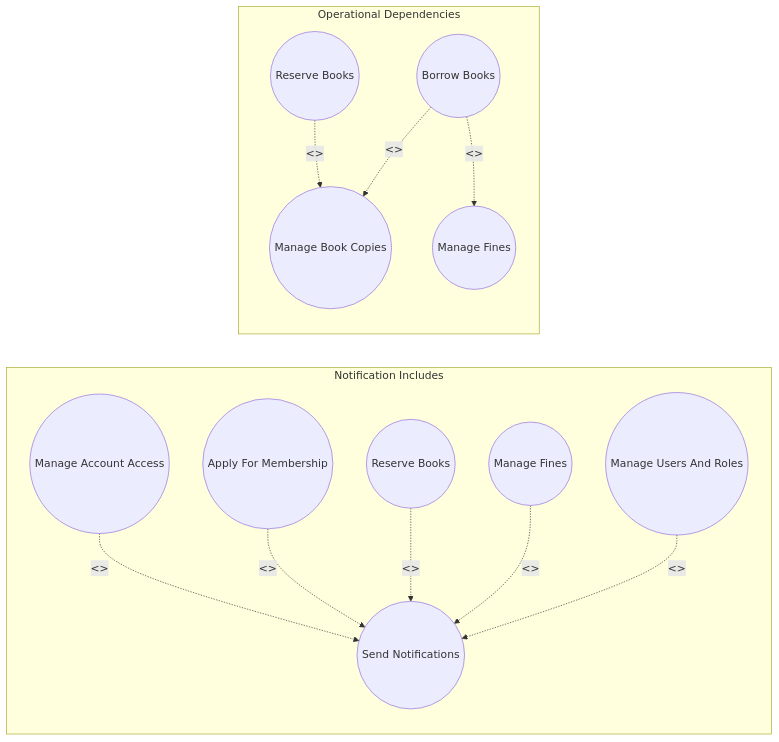
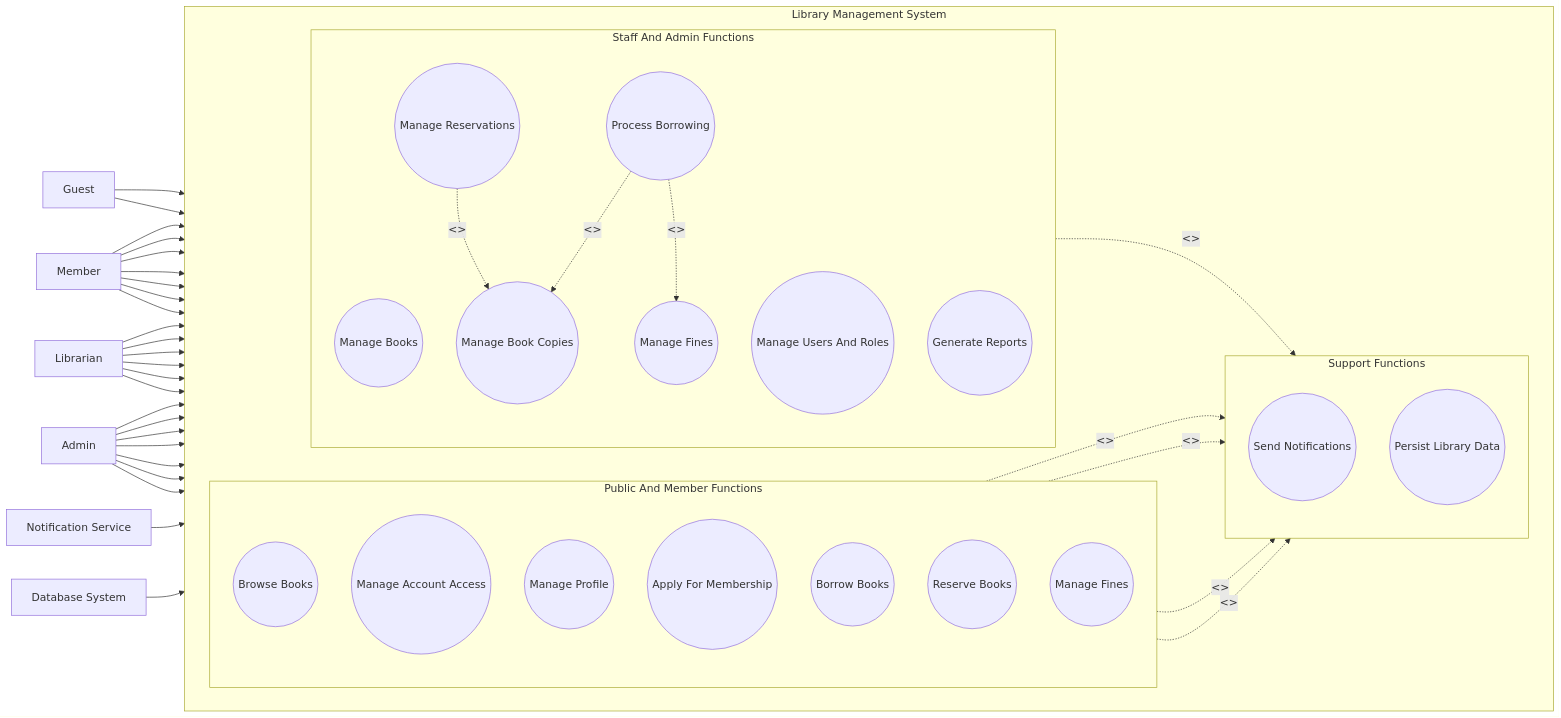
One commit to SWP391-LibraryManagement/LibraryManagement changed the diagram in document/RDS.md. Above: the diagram before and after it, drawn with Mermaid. The commit also changed other lines of this file, not shown here.

Commit message:
rds: Gộp 3 sơ đồ use case nhỏ thành 1 sơ đồ tổng duy nhất.

````diff
--- a/document/RDS.md
+++ b/document/RDS.md
@@ -183,19 +112,76 @@
 ```mermaid
 flowchart LR
-  subgraph Notifications[Notification Includes]
-    direction TB
-    UC02((Manage Account Access)) -. "<<include>>" .-> UC10((Send Notifications))
-    UC04((Apply For Membership)) -. "<<include>>" .-> UC10
-    UC08((Reserve Books)) -. "<<include>>" .-> UC10
-    UC09((Manage Fines)) -. "<<include>>" .-> UC10
-    UC11((Manage Users And Roles)) -. "<<include>>" .-> UC10
+  Guest[Guest]
+  Member[Member]
+  Librarian[Librarian]
+  Admin[Admin]
+  NotificationService[Notification Service]
+  DatabaseSystem[Database System]
+
+  subgraph LMS[Library Management System]
+    direction LR
+    subgraph PublicMember[Public And Member Functions]
+      direction TB
+      UC01((Browse Books))
+      UC02((Manage Account Access))
+      UC03((Manage Profile))
+      UC04((Apply For Membership))
+      UC07((Borrow Books))
+      UC08((Reserve Books))
+      UC09((Manage Fines))
+    end
+
+    subgraph StaffAdmin[Staff And Admin Functions]
+      direction TB
+      UC05((Manage Books))
+      UC06((Manage Book Copies))
+      UC07S((Process Borrowing))
+      UC08S((Manage Reservations))
+      UC09S((Manage Fines))
+      UC11((Manage Users And Roles))
+      UC12((Generate Reports))
+    end
+
+    subgraph Support[Support Functions]
+      direction TB
+      UC10((Send Notifications))
+      UCDB((Persist Library Data))
+    end
   end
 
-  subgraph Operations[Operational Dependencies]
-    direction TB
-    UC07((Borrow Books)) -. "<<include>>" .-> UC06((Manage Book Copies))
-    UC08B((Reserve Books)) -. "<<include>>" .-> UC06
-    UC07 -. "<<extend>>" .-> UC09B((Manage Fines))
-  end
+  Guest --> UC01
+  Guest --> UC02
+  Member --> UC01
+  Member --> UC02
+  Member --> UC03
+  Member --> UC04
+  Member --> UC07
+  Member --> UC08
+  Member --> UC09
 
+  Librarian --> UC05
+  Librarian --> UC06
+  Librarian --> UC07S
+  Librarian --> UC08S
+  Librarian --> UC09S
+  Librarian --> UC12
+  Admin --> UC05
+  Admin --> UC06
+  Admin --> UC07S
+  Admin --> UC08S
+  Admin --> UC09S
+  Admin --> UC11
+  Admin --> UC12
+
+  UC02 -. "<<include>>" .-> UC10
+  UC04 -. "<<include>>" .-> UC10
+  UC08 -. "<<include>>" .-> UC10
+  UC09 -. "<<include>>" .-> UC10
+  UC11 -. "<<include>>" .-> UC10
+  UC07S -. "<<include>>" .-> UC06
+  UC08S -. "<<include>>" .-> UC06
+  UC07S -. "<<extend>>" .-> UC09S
+
+  NotificationService --> UC10
+  DatabaseSystem --> UCDB
 ```
````
